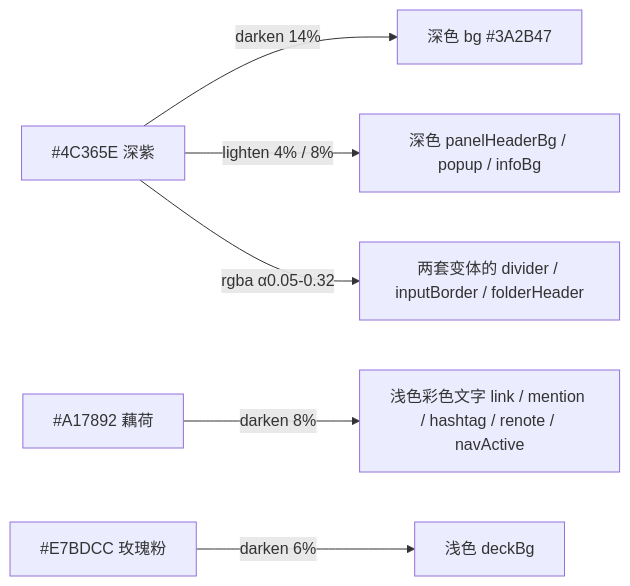
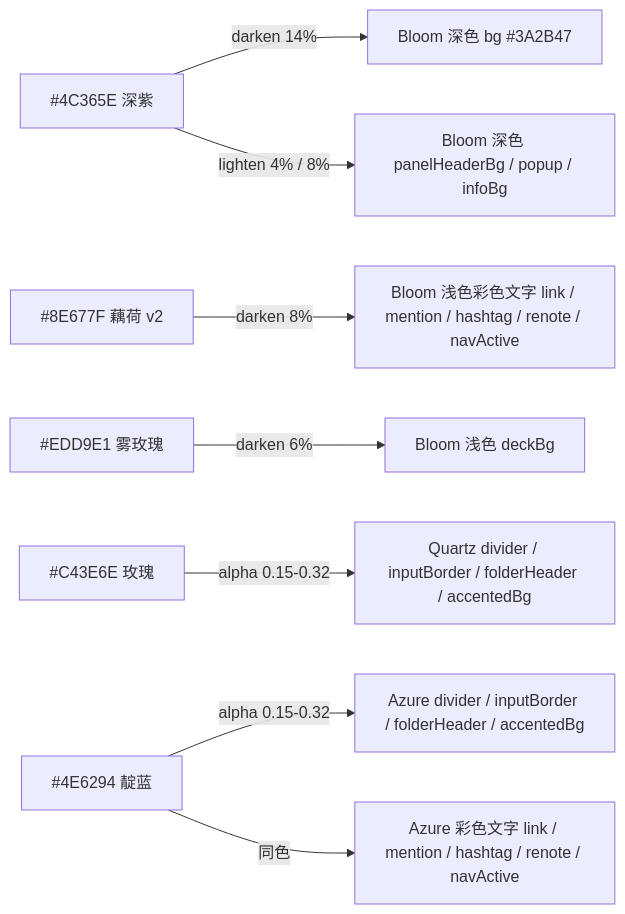
One commit to HarukiTakehata/misskey-theme-march7th-bloom changed the diagram in README.md. Above: the diagram before and after it, drawn with Mermaid. The commit also changed other lines of this file and 6 other files, not shown here.

First line of the commit message:
Add Rose Quartz & Azure Slate; Bloom light v2 desaturated (fix harsh pink feedback)

````diff
--- a/README.md
+++ b/README.md
@@ -39,8 +83,10 @@
 ```mermaid
 flowchart LR
-  A["#4C365E 深紫"] -->|darken 14%| B["深色 bg #3A2B47"]
-  A -->|lighten 4% / 8%| C["深色 panelHeaderBg / popup / infoBg"]
-  A -->|rgba α0.05-0.32| D["两套变体的 divider / inputBorder / folderHeader"]
-  E["#A17892 藕荷"] -->|darken 8%| F["浅色彩色文字 link / mention / hashtag / renote / navActive"]
-  G["#E7BDCC 玫瑰粉"] -->|darken 6%| H["浅色 deckBg"]
+  A["#4C365E 深紫"] -->|darken 14%| B["Bloom 深色 bg #3A2B47"]
+  A -->|lighten 4% / 8%| C["Bloom 深色 panelHeaderBg / popup / infoBg"]
+  E["#8E677F 藕荷 v2"] -->|darken 8%| F["Bloom 浅色彩色文字 link / mention / hashtag / renote / navActive"]
+  G["#EDD9E1 雾玫瑰"] -->|darken 6%| H["Bloom 浅色 deckBg"]
+  I["#C43E6E 玫瑰"] -->|alpha 0.15-0.32| J["Quartz divider / inputBorder / folderHeader / accentedBg"]
+  K["#4E6294 靛蓝"] -->|alpha 0.15-0.32| L["Azure divider / inputBorder / folderHeader / accentedBg"]
+  K -->|同色| M["Azure 彩色文字 link / mention / hashtag / renote / navActive"]
 ```
````
